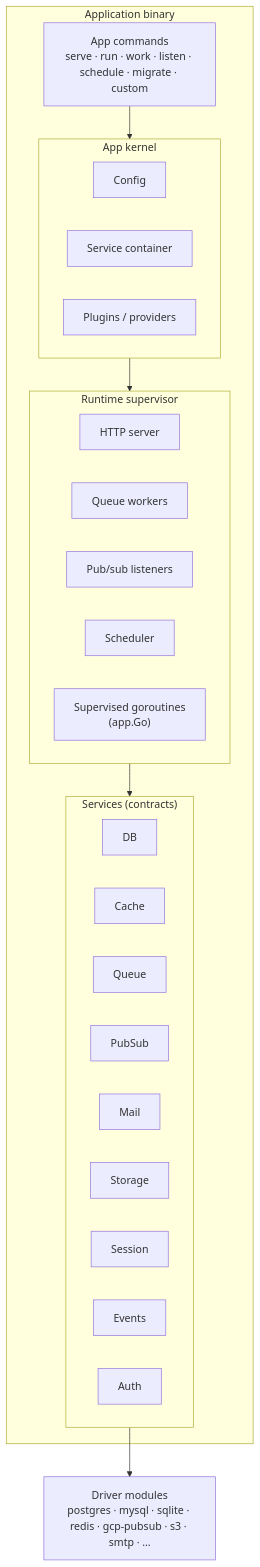
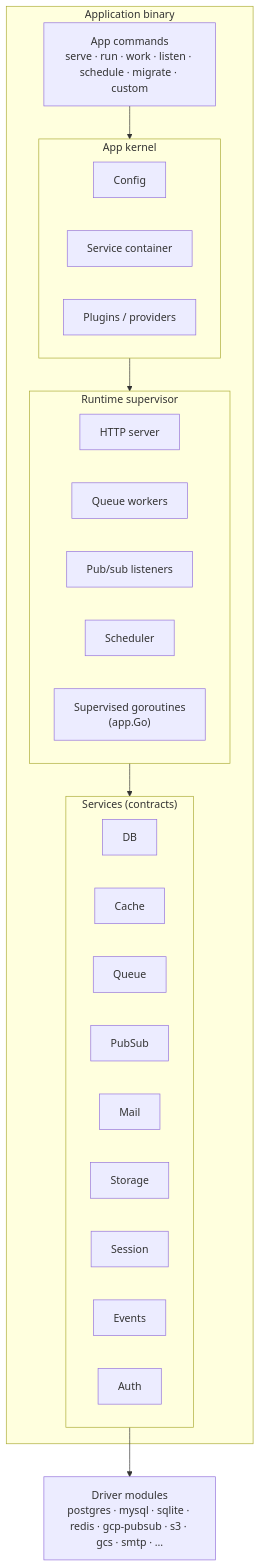
The diagram in docs/design/design.md (anetos-dev/anetos), drawn with Mermaid before and after one commit. The commit also changed other lines of this file and 13 other files, not shown here.

````diff
--- a/docs/design/design.md
+++ b/docs/design/design.md
@@ -115,25 +115,25 @@
 ```mermaid
 flowchart TB
     subgraph Binary["Application binary"]
         CLI["App commands<br/>serve · run · work · listen · schedule · migrate · custom"]
         subgraph Kernel["App kernel"]
             Cfg["Config"]
             Ctr["Service container"]
             Plg["Plugins / providers"]
         end
         subgraph Runtime["Runtime supervisor"]
             HTTP["HTTP server"]
             WRK["Queue workers"]
             LSN["Pub/sub listeners"]
             SCH["Scheduler"]
             BG["Supervised goroutines<br/>(app.Go)"]
         end
         subgraph Services["Services (contracts)"]
             DB["DB"]; CA["Cache"]; QU["Queue"]; PS["PubSub"]
             ML["Mail"]; ST["Storage"]; SE["Session"]; EV["Events"]; AU["Auth"]
         end
     end
-    Drivers["Driver modules<br/>postgres · mysql · sqlite · redis · gcp-pubsub · s3 · smtp · …"]
+    Drivers["Driver modules<br/>postgres · mysql · sqlite · redis · gcp-pubsub · s3 · gcs · smtp · …"]
     CLI --> Kernel --> Runtime
     Runtime --> Services --> Drivers
 ```
````
